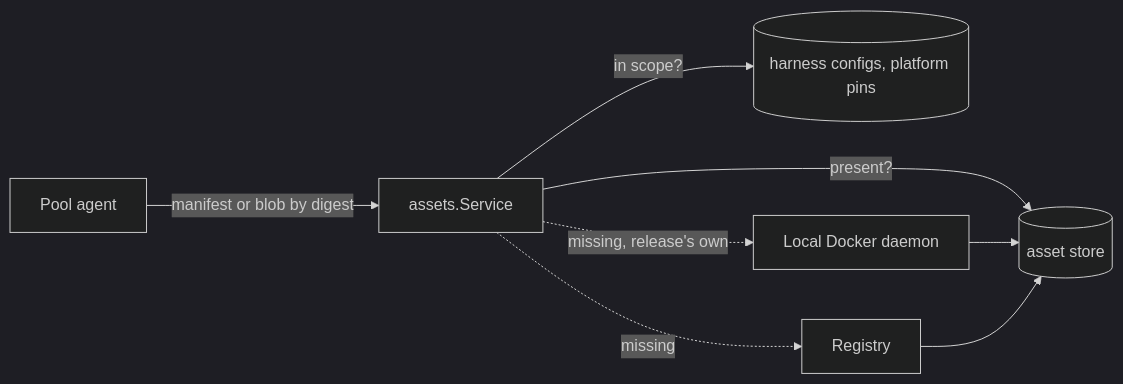
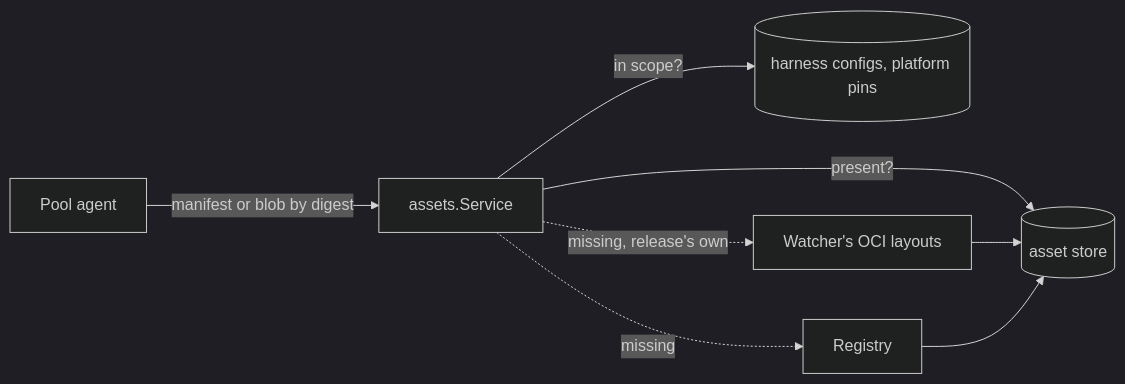
One commit to discobox-ai/discobox changed the diagram in server/internal/resources/assets/DESIGN.md. Above: the diagram before and after it, drawn with Mermaid (dark theme). The commit also changed other lines of this file and 32 other files, not shown here.

````diff
--- a/server/internal/resources/assets/DESIGN.md
+++ b/server/internal/resources/assets/DESIGN.md
@@ -78,10 +78,10 @@
 ```mermaid
 flowchart LR
     pool[Pool agent] -->|manifest or blob by digest| svc[assets.Service]
     svc -->|in scope?| db[(harness configs, platform pins)]
     svc -->|present?| store[(asset store)]
-    svc -.->|missing, release's own| daemon[Local Docker daemon]
+    svc -.->|missing, release's own| layouts[Watcher's OCI layouts]
     svc -.->|missing| registry[Registry]
-    daemon --> store
+    layouts --> store
     registry --> store
 ```
````
